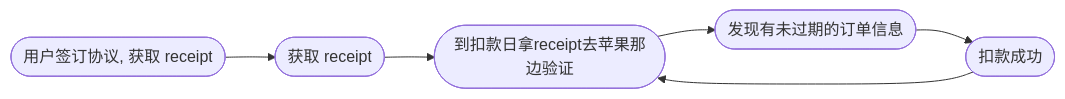
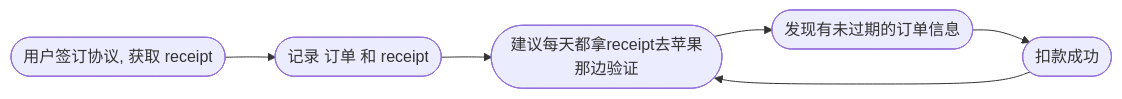
One commit to dengqinghua/dengqinghua.github.io changed the second of 2 diagrams in _posts/2021-07-28-apple-pay.md. Above: the diagram before and after it, drawn with Mermaid. The commit also changed other lines of this file and 2 other files, not shown here.

```diff
--- a/_posts/2021-07-28-apple-pay.md
+++ b/_posts/2021-07-28-apple-pay.md
@@ -30,9 +31,9 @@
 <div class="mermaid" markdown="0">
 graph LR;
     pay([用户签订协议, 获取 receipt]);
-    receipt([获取 receipt]);
-    verify([到扣款日拿receipt去苹果那边验证]);
+    receipt([记录 订单 和 receipt]);
+    verify([建议每天都拿receipt去苹果那边验证]);
     getNotDelay([发现有未过期的订单信息])
     success([扣款成功])
     pay-->receipt-->verify-->getNotDelay-->success-->verify
 </div>
```
